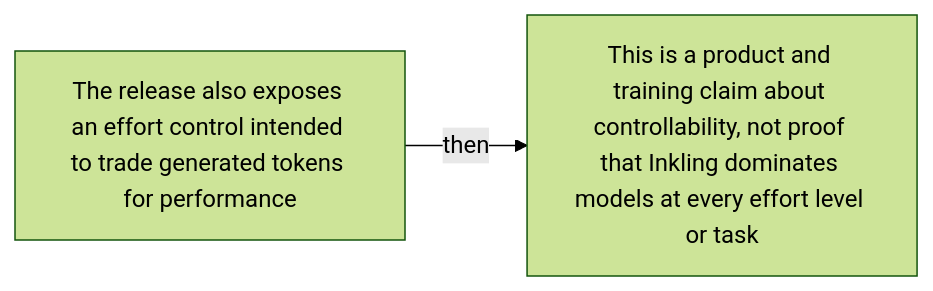
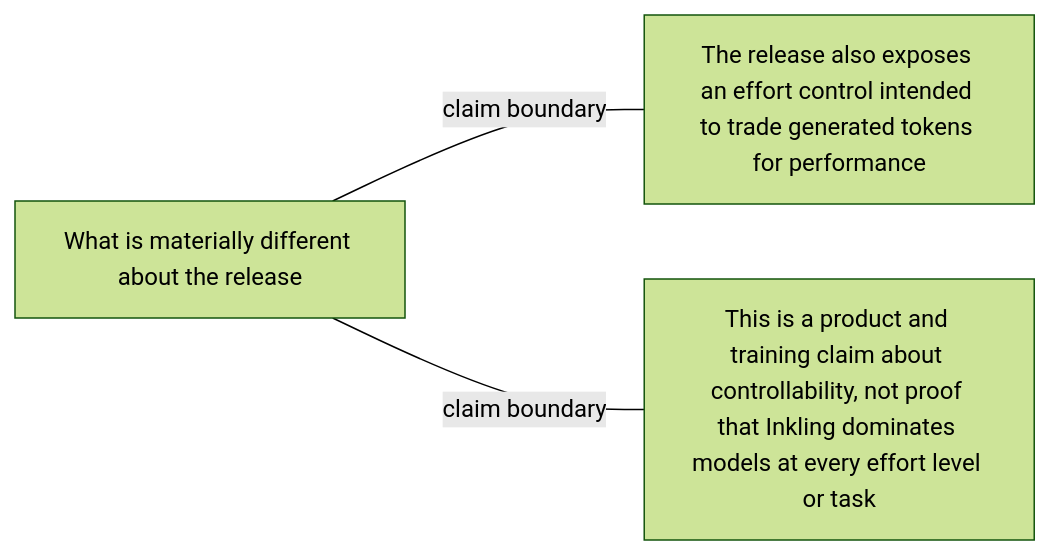
One commit to Betancourt1/paper_atlas changed diagram 12 of 57 in docs/visual-manifests/VISUAL_MANIFEST_INKLING.md. Above: the diagram before and after it, drawn with Mermaid (forest theme). The commit also changed other lines of this file and 7 other files, not shown here.

````diff
--- a/docs/visual-manifests/VISUAL_MANIFEST_INKLING.md
+++ b/docs/visual-manifests/VISUAL_MANIFEST_INKLING.md
@@ -881,6 +889,8 @@
 ```mermaid
 flowchart LR
-  n1["The release also exposes an effort control intended to trade generated tokens for performance"]
-  n2["This is a product and training claim about controllability, not proof that Inkling dominates models at every effort level or task"]
-  n1 -->|"then"| n2
+  center["What is materially different about the release"]
+  f1["The release also exposes an effort control intended to trade generated tokens for performance"]
+  f2["This is a product and training claim about controllability, not proof that Inkling dominates models at every effort level or task"]
+  center ---|"claim boundary"| f1
+  center ---|"claim boundary"| f2
 ```
````
